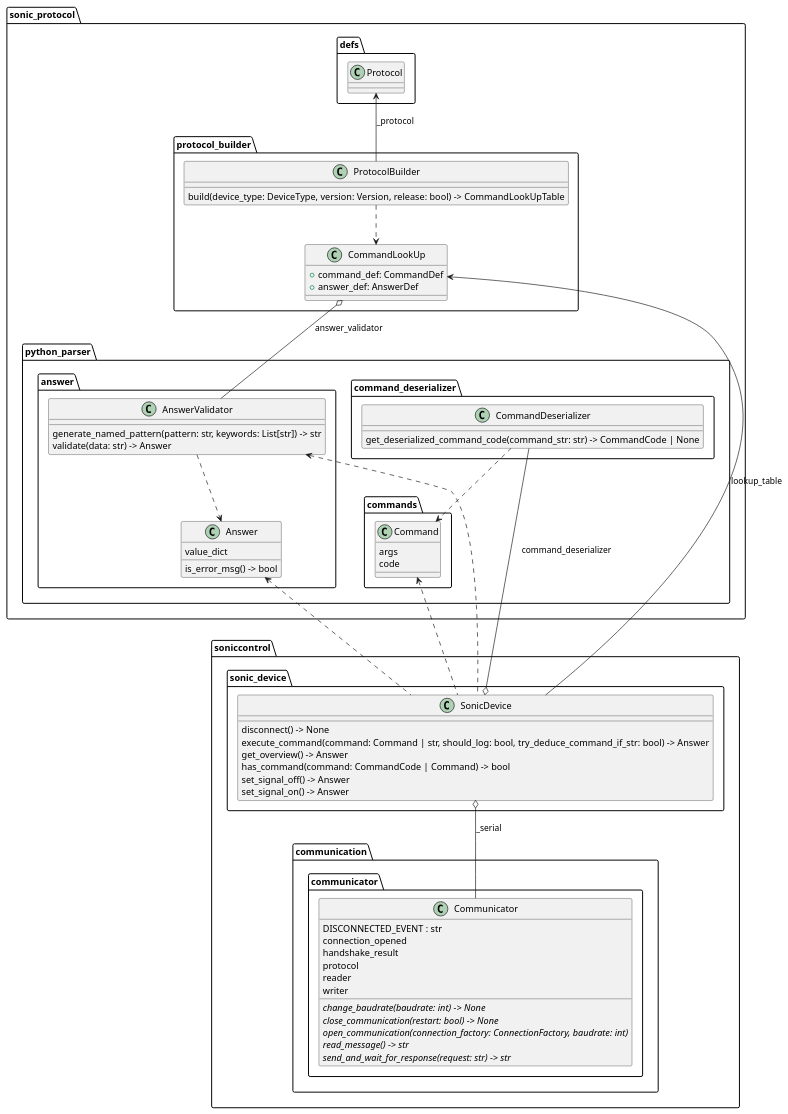
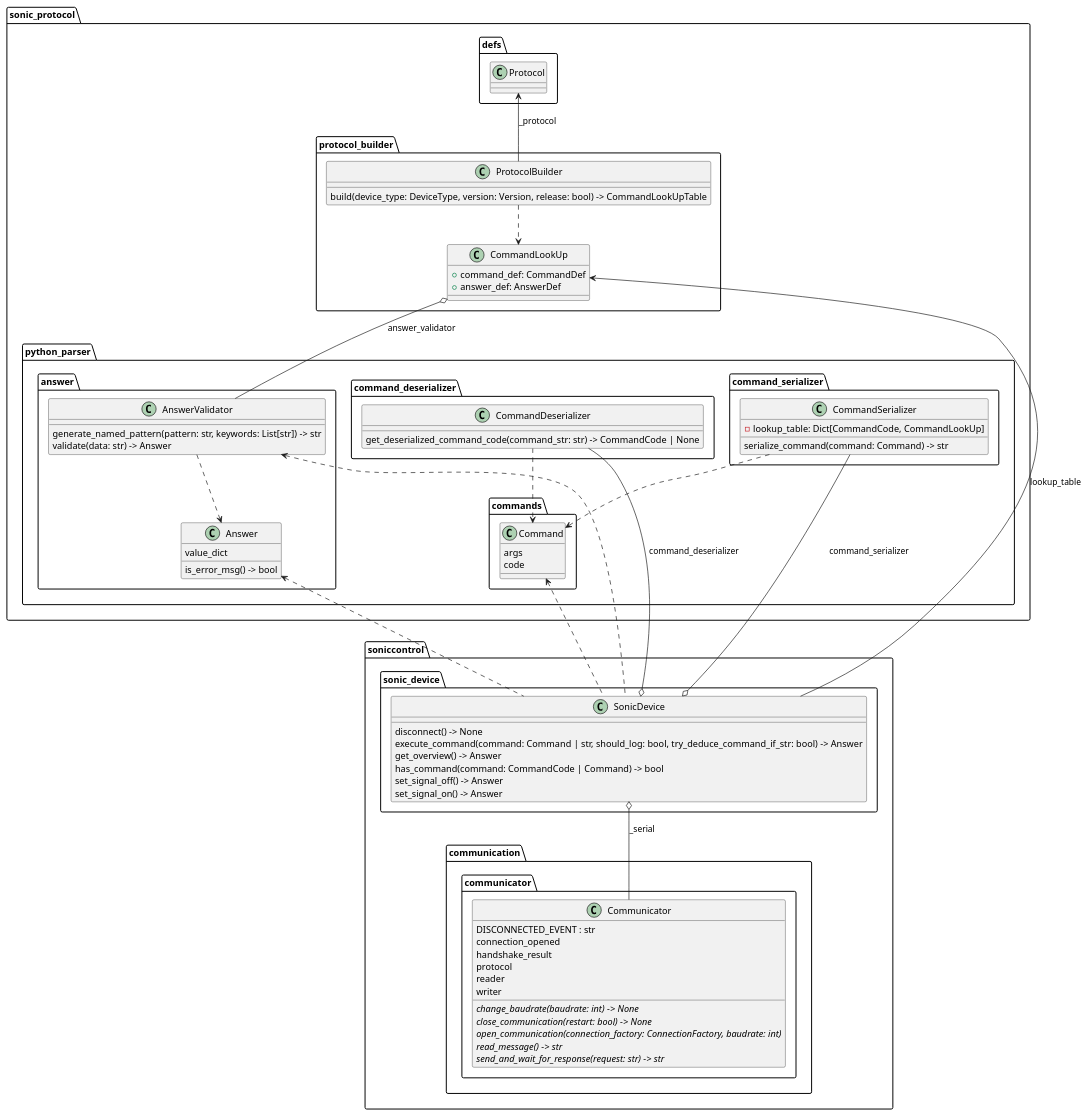
The diagram in docs/diagrams/soniccontrol/class_correspondence.puml (usepat/SW-soniccontrol), drawn with PlantUML before and after one commit. The commit also changed 19 other files, not shown here.

Commit message:
Added documentation about sonic_protocol and udated the old documentation. Now I begin to document the system tests

```diff
--- a/docs/diagrams/soniccontrol/class_correspondence.puml
+++ b/docs/diagrams/soniccontrol/class_correspondence.puml
@@ -1,73 +1,80 @@
 @startuml class_correspondence
 
 set separator . 
 top to bottom direction
 
 class "Answer" as sonic_protocol.python_parser.answer.Answer {
   value_dict
   is_error_msg() -> bool
 }
 
 class "AnswerValidator" as sonic_protocol.python_parser.answer.AnswerValidator {
   generate_named_pattern(pattern: str, keywords: List[str]) -> str
   validate(data: str) -> Answer
 }
 
 
 class "CommandDeserializer" as sonic_protocol.python_parser.command_deserializer.CommandDeserializer {
   get_deserialized_command_code(command_str: str) -> CommandCode | None
+}
+
+class "CommandSerializer" as sonic_protocol.python_parser.command_serializer.CommandSerializer {
+  - lookup_table: Dict[CommandCode, CommandLookUp]
+  serialize_command(command: Command) -> str
 }
 
 class "Command" as sonic_protocol.python_parser.commands.Command {
   args
   code
 }
 
 class "Protocol" as sonic_protocol.defs.Protocol {
 }
 
 class "ProtocolBuilder" as sonic_protocol.protocol_builder.ProtocolBuilder {
   build(device_type: DeviceType, version: Version, release: bool) -> CommandLookUpTable
 }
 
 class "CommandLookUp" as sonic_protocol.protocol_builder.CommandLookUp {
   + command_def: CommandDef
   + answer_def: AnswerDef
 }
 
 class "SonicDevice" as soniccontrol.sonic_device.SonicDevice {
   disconnect() -> None
   execute_command(command: Command | str, should_log: bool, try_deduce_command_if_str: bool) -> Answer
   get_overview() -> Answer
   has_command(command: CommandCode | Command) -> bool
   set_signal_off() -> Answer
   set_signal_on() -> Answer
 }
 
 class "Communicator" as soniccontrol.communication.communicator.Communicator {
   DISCONNECTED_EVENT : str
   connection_opened
   handshake_result
   protocol
   reader
   writer
   {abstract}change_baudrate(baudrate: int) -> None
   {abstract}close_communication(restart: bool) -> None
   {abstract}open_communication(connection_factory: ConnectionFactory, baudrate: int)
   {abstract}read_message() -> str
   {abstract}send_and_wait_for_response(request: str) -> str
 }
 
 sonic_protocol.protocol_builder.ProtocolBuilder -u-> sonic_protocol.defs.Protocol : _protocol
 sonic_protocol.protocol_builder.ProtocolBuilder ..> sonic_protocol.protocol_builder.CommandLookUp
 soniccontrol.sonic_device.SonicDevice o-d- soniccontrol.communication.communicator.Communicator : _serial
 soniccontrol.sonic_device.SonicDevice o-u- sonic_protocol.python_parser.command_deserializer.CommandDeserializer : command_deserializer
+soniccontrol.sonic_device.SonicDevice o-u- sonic_protocol.python_parser.command_serializer.CommandSerializer : command_serializer
 soniccontrol.sonic_device.SonicDevice .u.> sonic_protocol.python_parser.answer.AnswerValidator
 soniccontrol.sonic_device.SonicDevice -u-> sonic_protocol.protocol_builder.CommandLookUp : lookup_table
 sonic_protocol.protocol_builder.CommandLookUp o-- sonic_protocol.python_parser.answer.AnswerValidator : answer_validator
 sonic_protocol.python_parser.command_deserializer.CommandDeserializer ..> sonic_protocol.python_parser.commands.Command
+sonic_protocol.python_parser.command_serializer.CommandSerializer ..> sonic_protocol.python_parser.commands.Command
 sonic_protocol.python_parser.answer.AnswerValidator ..> sonic_protocol.python_parser.answer.Answer
 soniccontrol.sonic_device.SonicDevice .u.> sonic_protocol.python_parser.answer.Answer
 soniccontrol.sonic_device.SonicDevice .u.> sonic_protocol.python_parser.commands.Command
 
 @enduml
```
